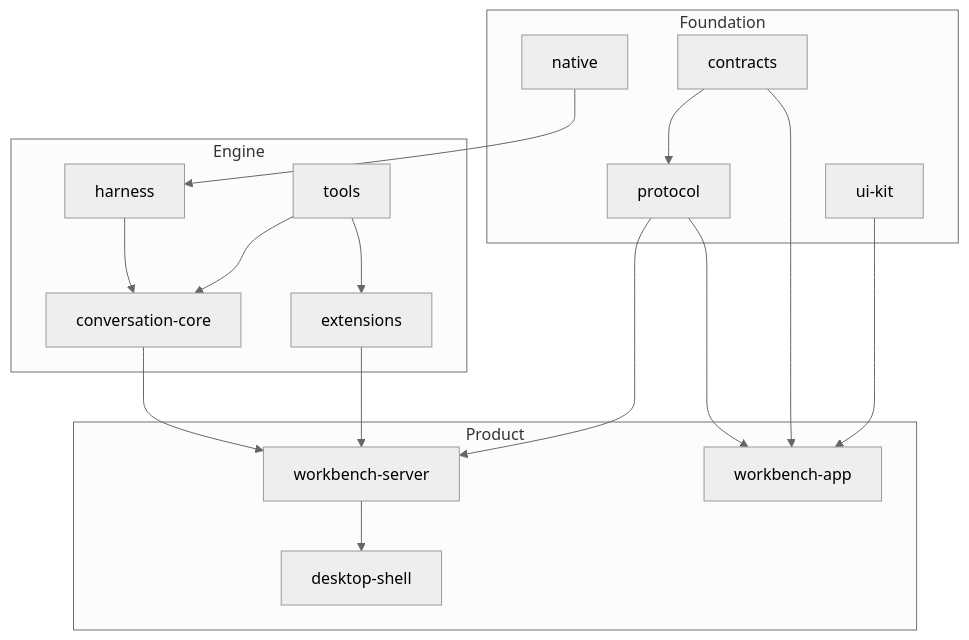
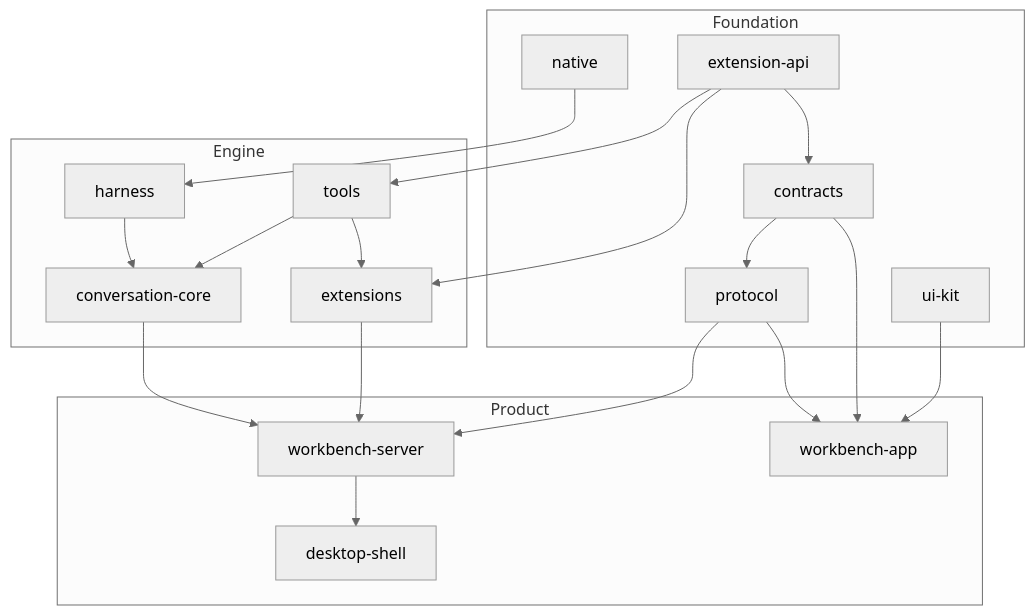
One commit to ThilinaTLM/nerve changed the diagram in docs/architecture/codebase.md. Above: the diagram before and after it, drawn with Mermaid (neutral theme). The commit also changed other lines of this file and 154 other files, not shown here.

First line of the commit message:
feat(extensions): extension API, runtime extension host and generic accounts

````diff
--- a/docs/architecture/codebase.md
+++ b/docs/architecture/codebase.md
@@ -5,26 +5,30 @@
 ```mermaid
 flowchart TB
   subgraph Foundation
+    extension-api
     contracts
     protocol
     native
     ui-kit
   end
   subgraph Engine
     harness --> conversation-core
     tools --> extensions
     tools --> conversation-core
   end
   subgraph Product
     workbench-server --> desktop-shell
     workbench-app
   end
+  extension-api --> contracts
+  extension-api --> tools
+  extension-api --> extensions
   contracts --> protocol
   native --> harness
   conversation-core --> workbench-server
   extensions --> workbench-server
   protocol --> workbench-server
   protocol --> workbench-app
   contracts --> workbench-app
   ui-kit --> workbench-app
 ```
````
